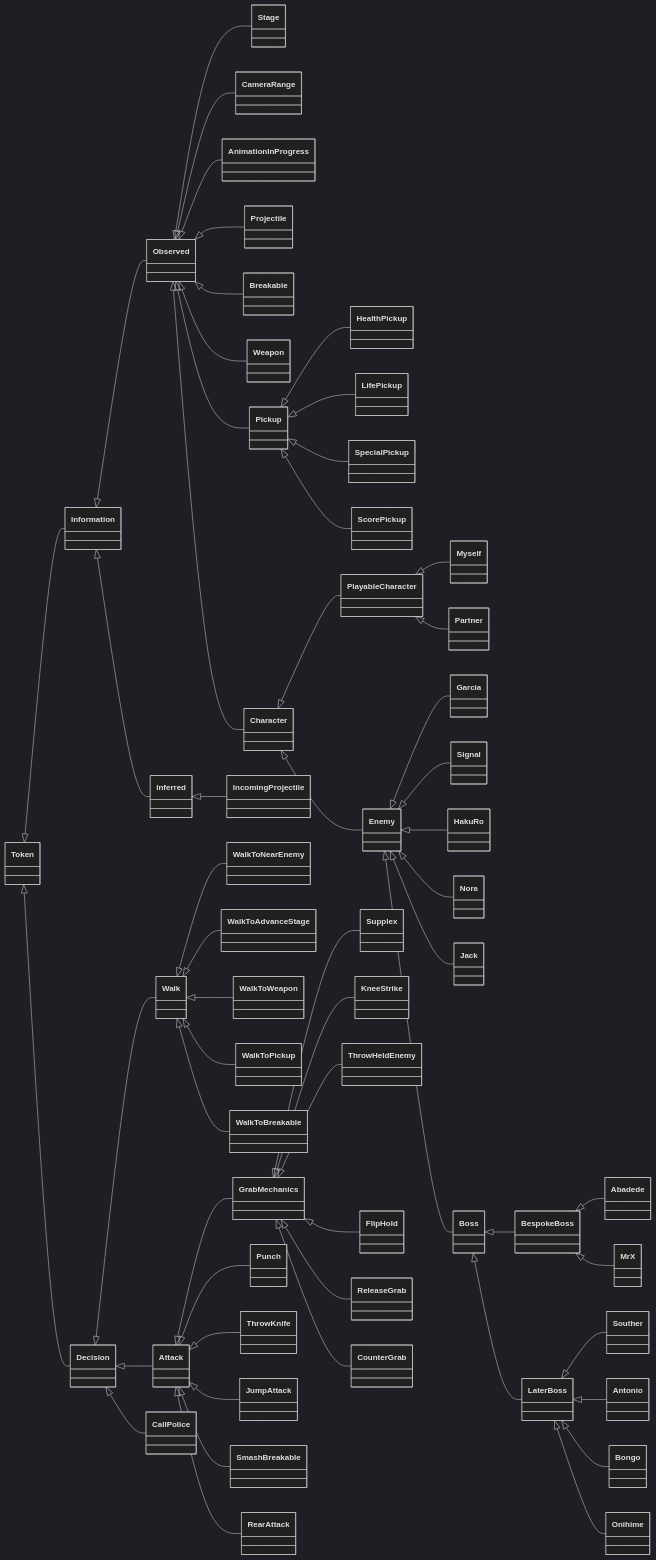
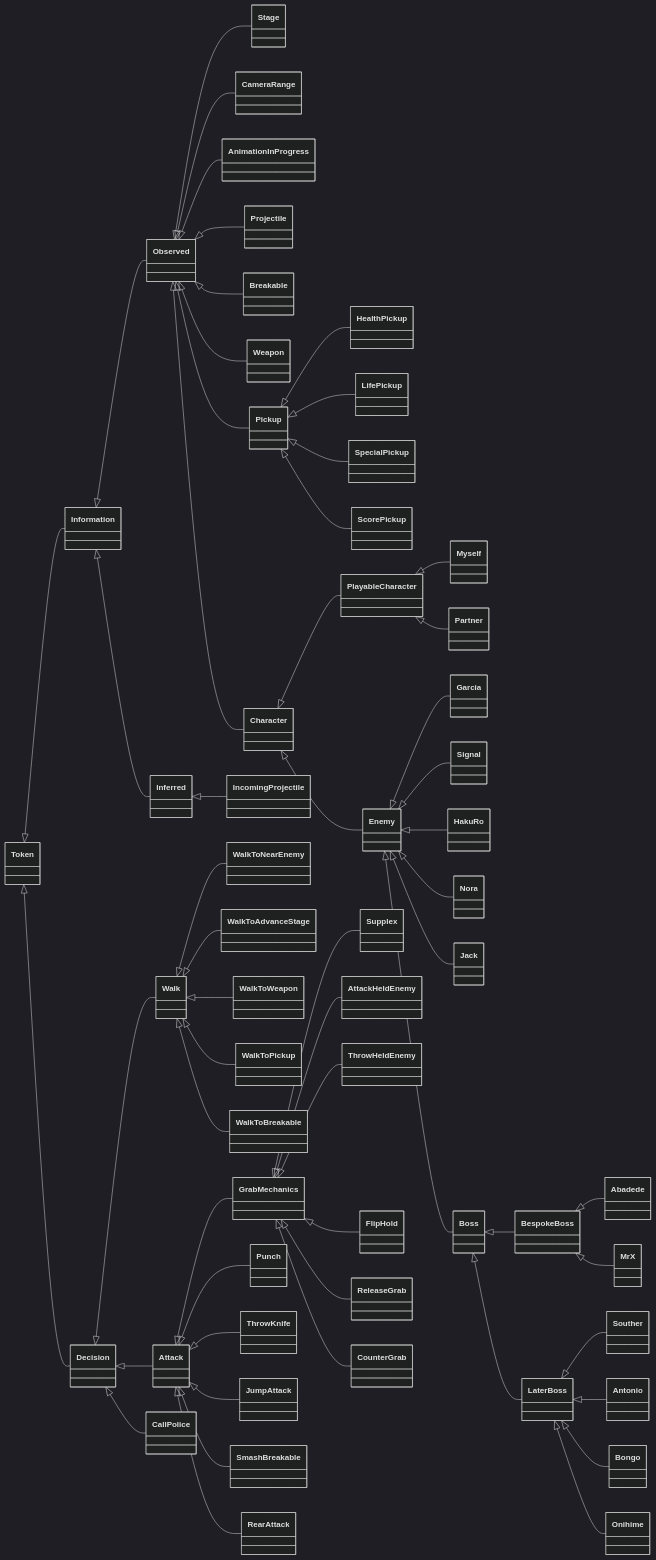
One commit to RuiNelson/StreetsOfRageProject changed the diagram in autoplay/TokenMap.md. Above: the diagram before and after it, drawn with Mermaid (dark theme). The commit also changed 6 other files, not shown here.

Commit message:
autoplay: rename KneeStrike to AttackHeldEnemy

````diff
--- a/autoplay/TokenMap.md
+++ b/autoplay/TokenMap.md
@@ -7,69 +7,69 @@
 ```mermaid
 classDiagram
     direction LR
 
     Token <|-- Information
     Token <|-- Decision
 
     Information <|-- Observed
     Information <|-- Inferred
 
     Observed <|-- Stage
     Observed <|-- CameraRange
     Observed <|-- AnimationInProgress
 
     Observed <|-- Projectile
     Inferred <|-- IncomingProjectile
     Observed <|-- Breakable
 
     Observed <|-- Weapon
     Observed <|-- Pickup
     Pickup <|-- HealthPickup
     Pickup <|-- LifePickup
     Pickup <|-- SpecialPickup
     Pickup <|-- ScorePickup
 
     Observed <|-- Character
     Character <|-- PlayableCharacter
     PlayableCharacter <|-- Myself
     PlayableCharacter <|-- Partner
 
     Character <|-- Enemy
     Enemy <|-- Garcia
     Enemy <|-- Signal
     Enemy <|-- HakuRo
     Enemy <|-- Nora
     Enemy <|-- Jack
     Enemy <|-- Boss
     Boss <|-- BespokeBoss
     BespokeBoss <|-- Abadede
     BespokeBoss <|-- MrX
     Boss <|-- LaterBoss
     LaterBoss <|-- Souther
     LaterBoss <|-- Antonio
     LaterBoss <|-- Bongo
     LaterBoss <|-- Onihime
 
     Decision <|-- Walk
     Walk <|-- WalkToNearEnemy
     Walk <|-- WalkToAdvanceStage
     Walk <|-- WalkToWeapon
     Walk <|-- WalkToPickup
     Walk <|-- WalkToBreakable
 
     Decision <|-- Attack
     Attack <|-- GrabMechanics
     Attack <|-- Punch
     Attack <|-- ThrowKnife
     GrabMechanics <|-- Supplex
-    GrabMechanics <|-- KneeStrike
+    GrabMechanics <|-- AttackHeldEnemy
     GrabMechanics <|-- ThrowHeldEnemy
     GrabMechanics <|-- FlipHold
     GrabMechanics <|-- ReleaseGrab
     Attack <|-- JumpAttack
     Attack <|-- SmashBreakable
     Attack <|-- RearAttack
     GrabMechanics <|-- CounterGrab
 
     Decision <|-- CallPolice
 ```
````
